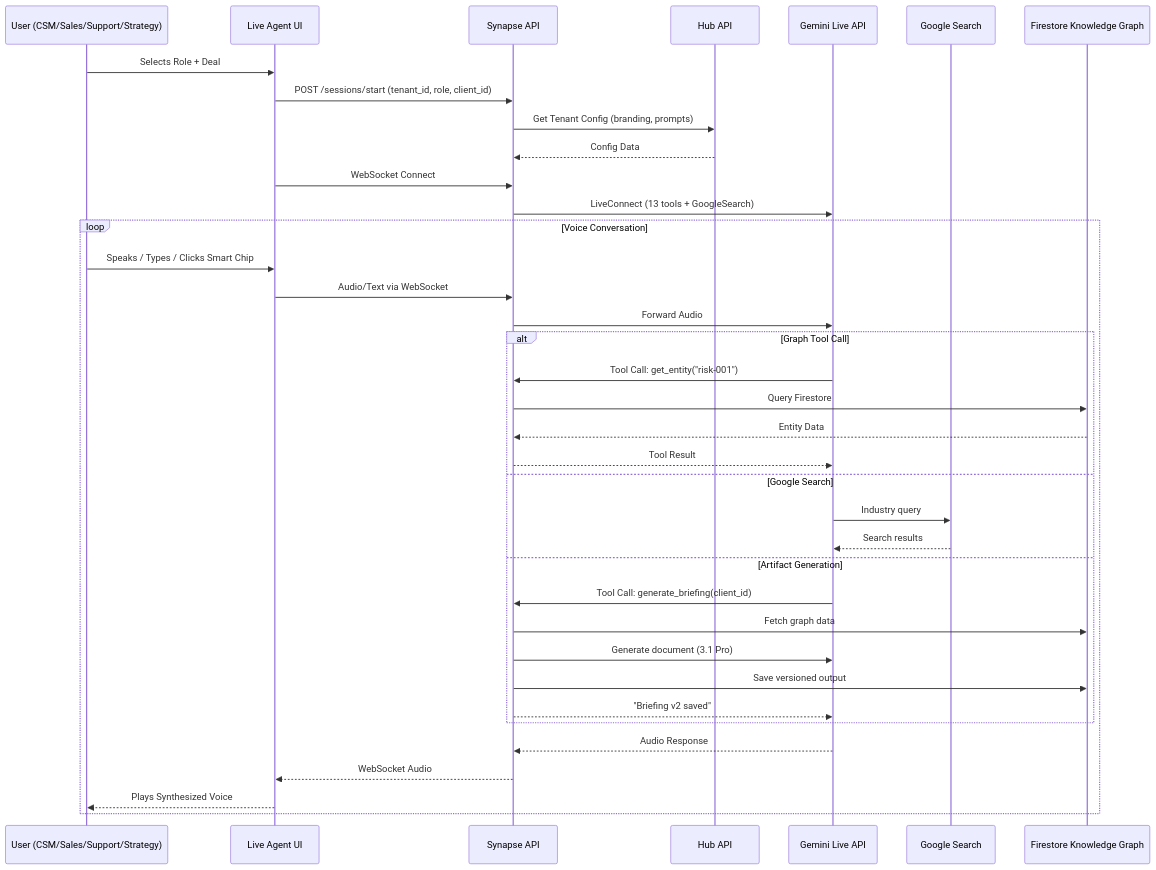
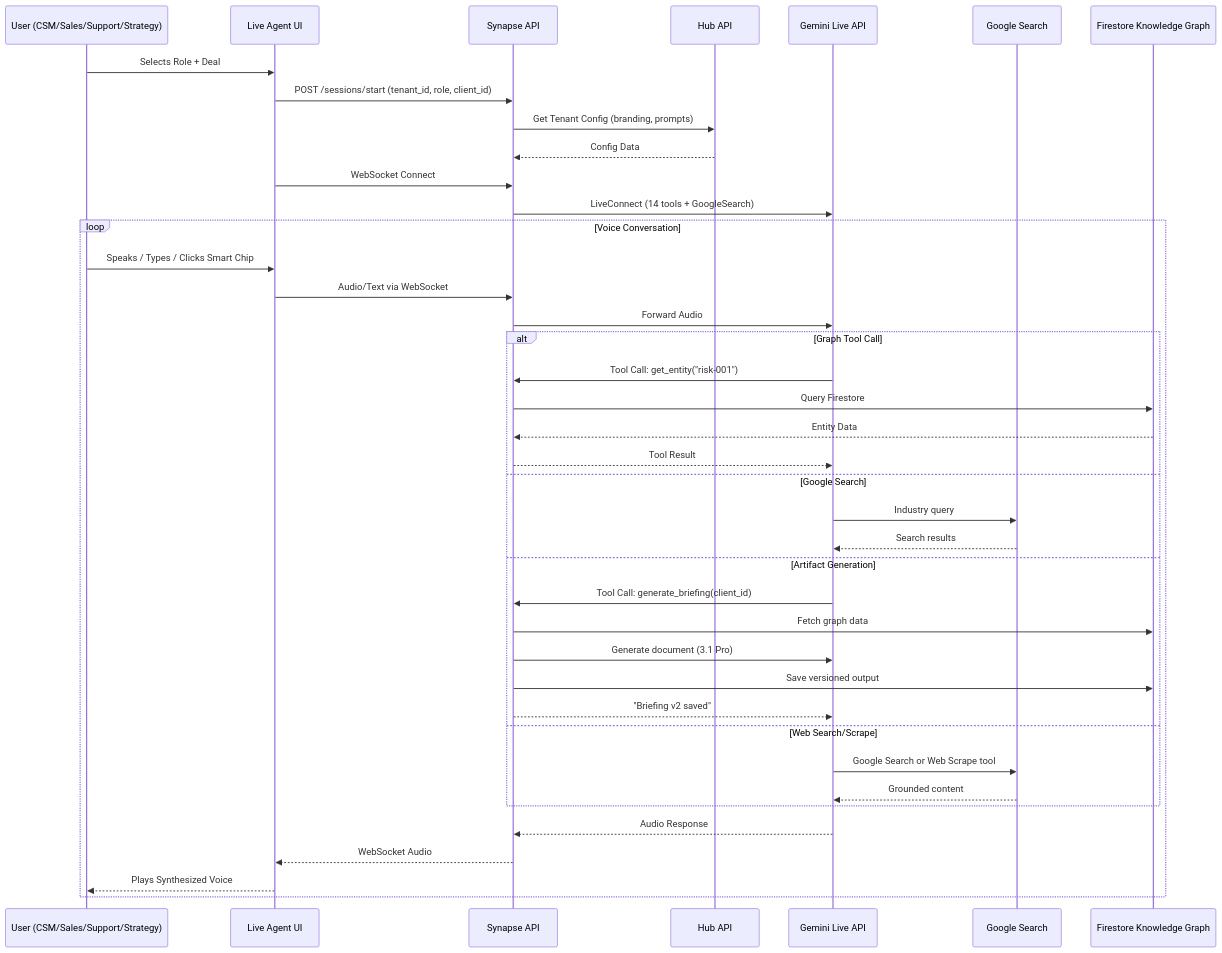
The second of 5 diagrams in docs/ARCHITECTURE.md (aroucadi/handoff_agent), drawn with Mermaid before and after one commit. The commit also changed other lines of this file and 1 other file, not shown here.

Commit message:
Docs: Update AI_AGENTS.md and ARCHITECTURE.md with new Agentic Depth (Web Scrape / Google Search).

````diff
--- a/docs/ARCHITECTURE.md
+++ b/docs/ARCHITECTURE.md
@@ -81,44 +81,47 @@
 ```mermaid
 sequenceDiagram
     participant User as User (CSM/Sales/Support/Strategy)
     participant React as Live Agent UI
     participant API as Synapse API
     participant Hub as Hub API
     participant Gemini as Gemini Live API
     participant Search as Google Search
     participant KG as Firestore Knowledge Graph
 
     User->>React: Selects Role + Deal
     React->>API: POST /sessions/start (tenant_id, role, client_id)
     API->>Hub: Get Tenant Config (branding, prompts)
     Hub-->>API: Config Data
 
     React->>API: WebSocket Connect
-    API->>Gemini: LiveConnect (13 tools + GoogleSearch)
+    API->>Gemini: LiveConnect (14 tools + GoogleSearch)
 
     loop Voice Conversation
         User->>React: Speaks / Types / Clicks Smart Chip
         React->>API: Audio/Text via WebSocket
         API->>Gemini: Forward Audio
 
         alt Graph Tool Call
             Gemini->>API: Tool Call: get_entity("risk-001")
             API->>KG: Query Firestore
             KG-->>API: Entity Data
             API-->>Gemini: Tool Result
         else Google Search
             Gemini->>Search: Industry query
             Search-->>Gemini: Search results
         else Artifact Generation
             Gemini->>API: Tool Call: generate_briefing(client_id)
             API->>KG: Fetch graph data
             API->>Gemini: Generate document (3.1 Pro)
             API->>KG: Save versioned output
             API-->>Gemini: "Briefing v2 saved"
+        else Web Search/Scrape
+            Gemini->>Search: Google Search or Web Scrape tool
+            Search-->>Gemini: Grounded content
         end
 
         Gemini-->>API: Audio Response
         API-->>React: WebSocket Audio
         React-->>User: Plays Synthesized Voice
     end
 ```
````
